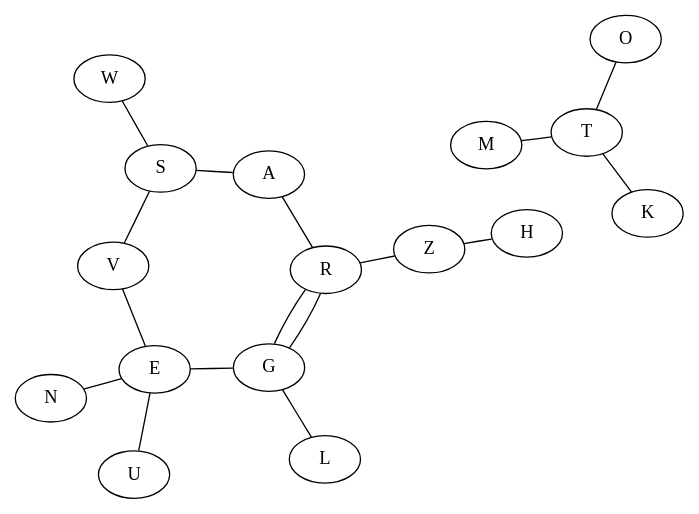
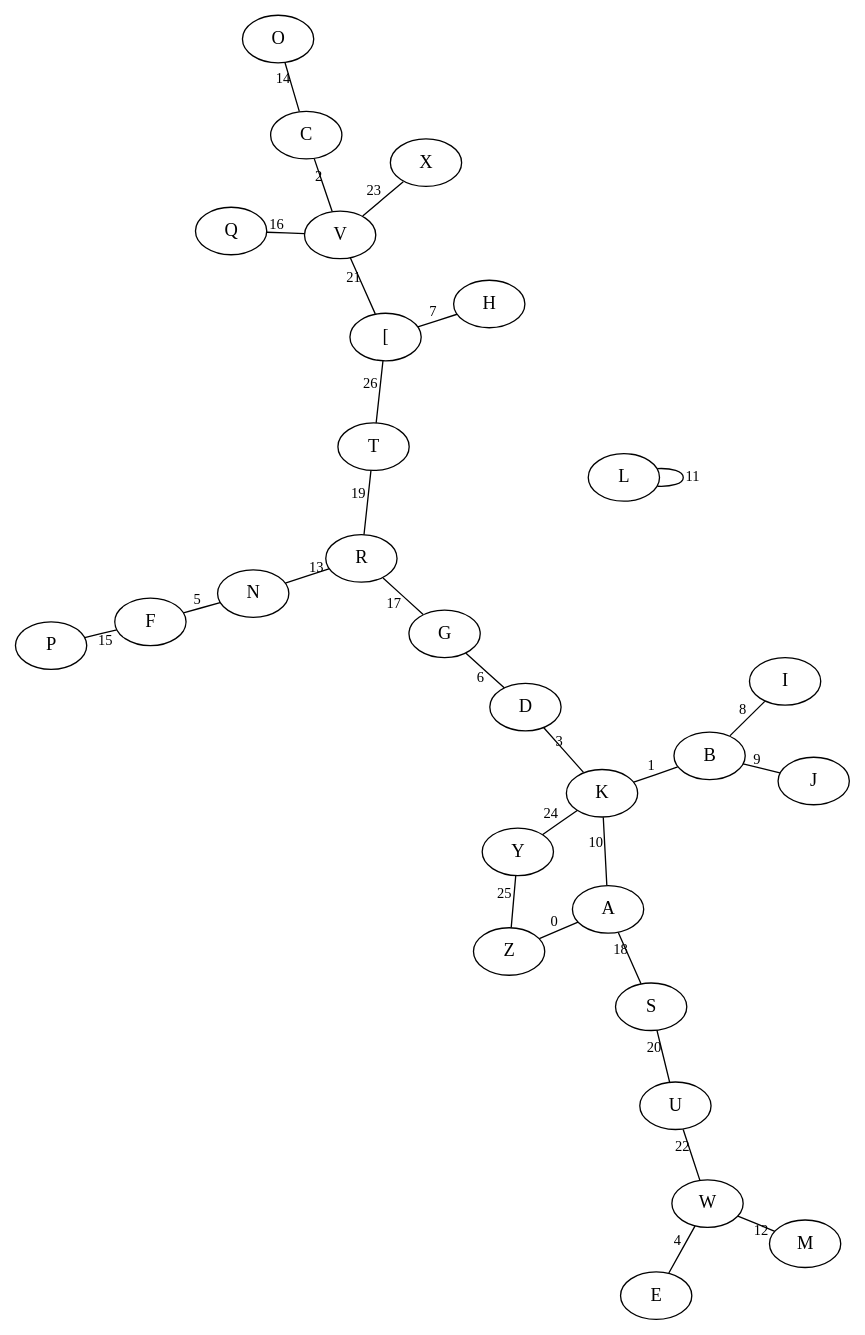
The diagram in enigma_c/src/data/crib_cipher_cycle.dot (UPEV1sion/Enigma), drawn with Graphviz before and after one commit. The commit also changed 8 other files, not shown here.

```diff
--- a/enigma_c/src/data/crib_cipher_cycle.dot
+++ b/enigma_c/src/data/crib_cipher_cycle.dot
@@ -1,19 +1,31 @@
 graph G {
 	layout=neato;
-	"S" -- "W";
-	"N" -- "E";
-	"M" -- "T";
-	"K" -- "T";
-	"G" -- "E";
-	"G" -- "R";
-	"S" -- "V";
-	"T" -- "O";
-	"Z" -- "R";
-	"Z" -- "H";
-	"U" -- "E";
-	"G" -- "R";
-	"A" -- "S";
-	"R" -- "A";
-	"L" -- "G";
-	"V" -- "E";
+	edge [fontsize=11];
+	"Z" -- "A" [label="0"];
+	"K" -- "B" [label="1"];
+	"V" -- "C" [label="2"];
+	"K" -- "D" [label="3"];
+	"W" -- "E" [label="4"];
+	"N" -- "F" [label="5"];
+	"D" -- "G" [label="6"];
+	"[" -- "H" [label="7"];
+	"B" -- "I" [label="8"];
+	"B" -- "J" [label="9"];
+	"A" -- "K" [label="10"];
+	"L" -- "L" [label="11"];
+	"W" -- "M" [label="12"];
+	"R" -- "N" [label="13"];
+	"C" -- "O" [label="14"];
+	"F" -- "P" [label="15"];
+	"V" -- "Q" [label="16"];
+	"G" -- "R" [label="17"];
+	"A" -- "S" [label="18"];
+	"R" -- "T" [label="19"];
+	"S" -- "U" [label="20"];
+	"[" -- "V" [label="21"];
+	"U" -- "W" [label="22"];
+	"V" -- "X" [label="23"];
+	"K" -- "Y" [label="24"];
+	"Y" -- "Z" [label="25"];
+	"T" -- "[" [label="26"];
 }
```
